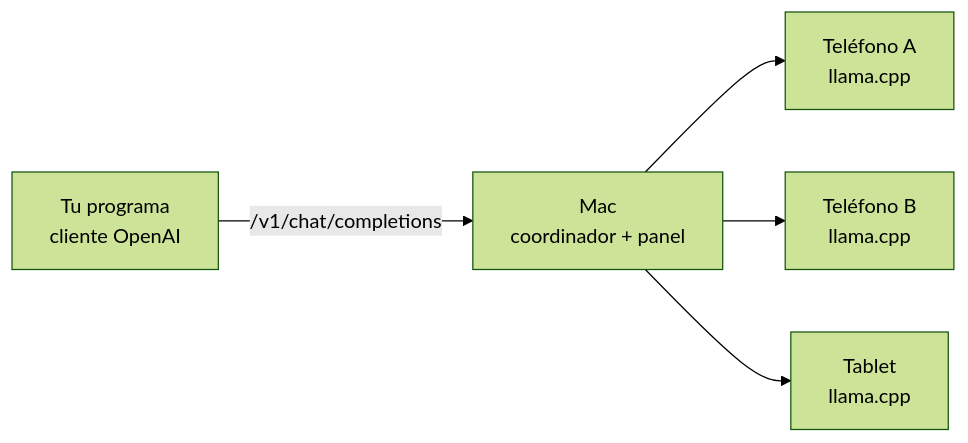
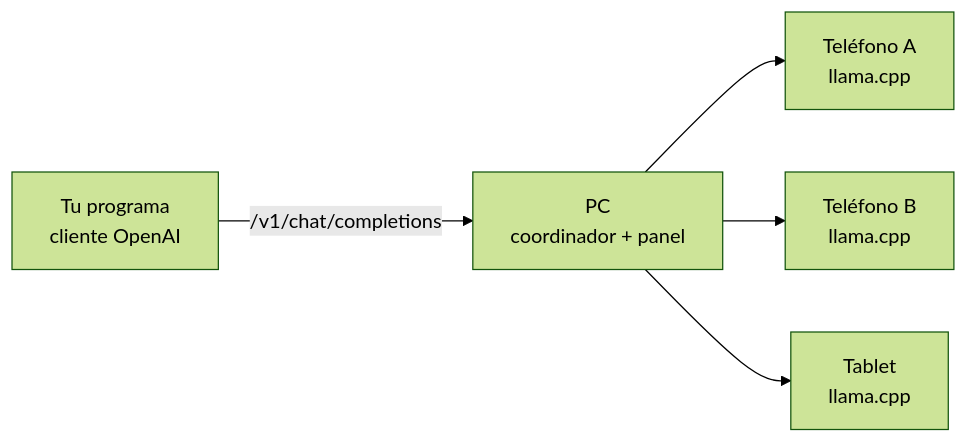
The diagram in README.md (Curbeloi/Phone-Cluster), drawn with Mermaid (forest theme) before and after one commit. The commit also changed other lines of this file and 1 other file, not shown here.

Commit message:
README: el coordinador corre en cualquier PC; qué partes son solo de Mac

````diff
--- a/README.md
+++ b/README.md
@@ -18,7 +18,7 @@
 ```mermaid
 flowchart LR
-    C[Tu programa<br/>cliente OpenAI] -->|/v1/chat/completions| M[Mac<br/>coordinador + panel]
+    C[Tu programa<br/>cliente OpenAI] -->|/v1/chat/completions| M[PC<br/>coordinador + panel]
     M --> A[Teléfono A<br/>llama.cpp]
     M --> B[Teléfono B<br/>llama.cpp]
     M --> T[Tablet<br/>llama.cpp]
 ```
````
